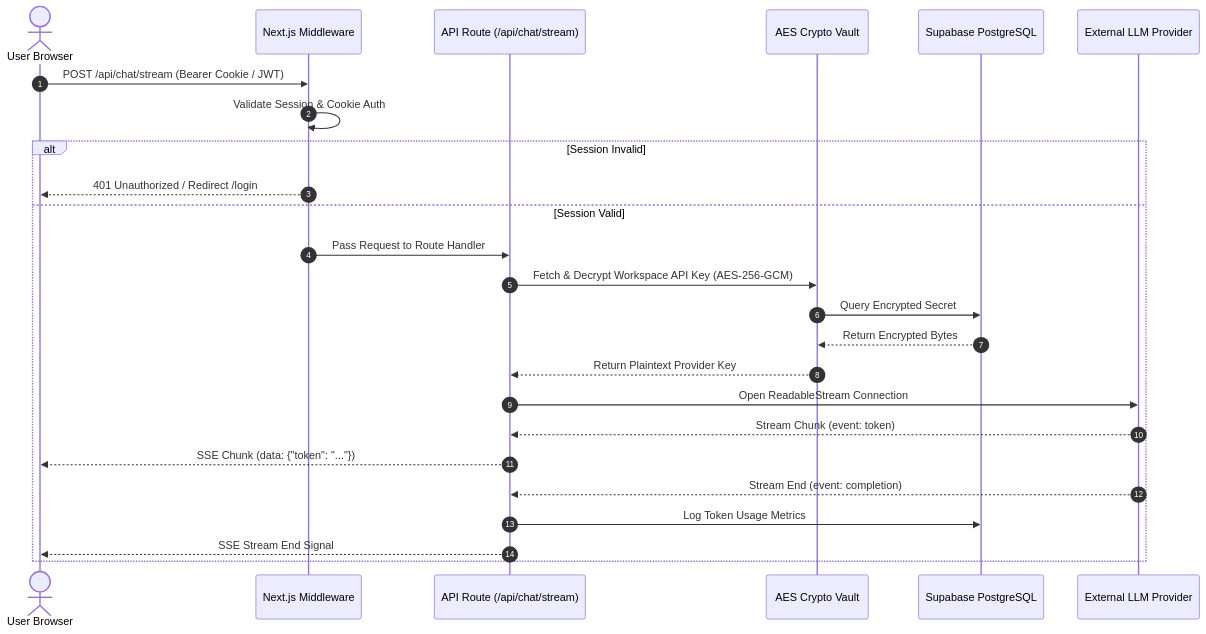
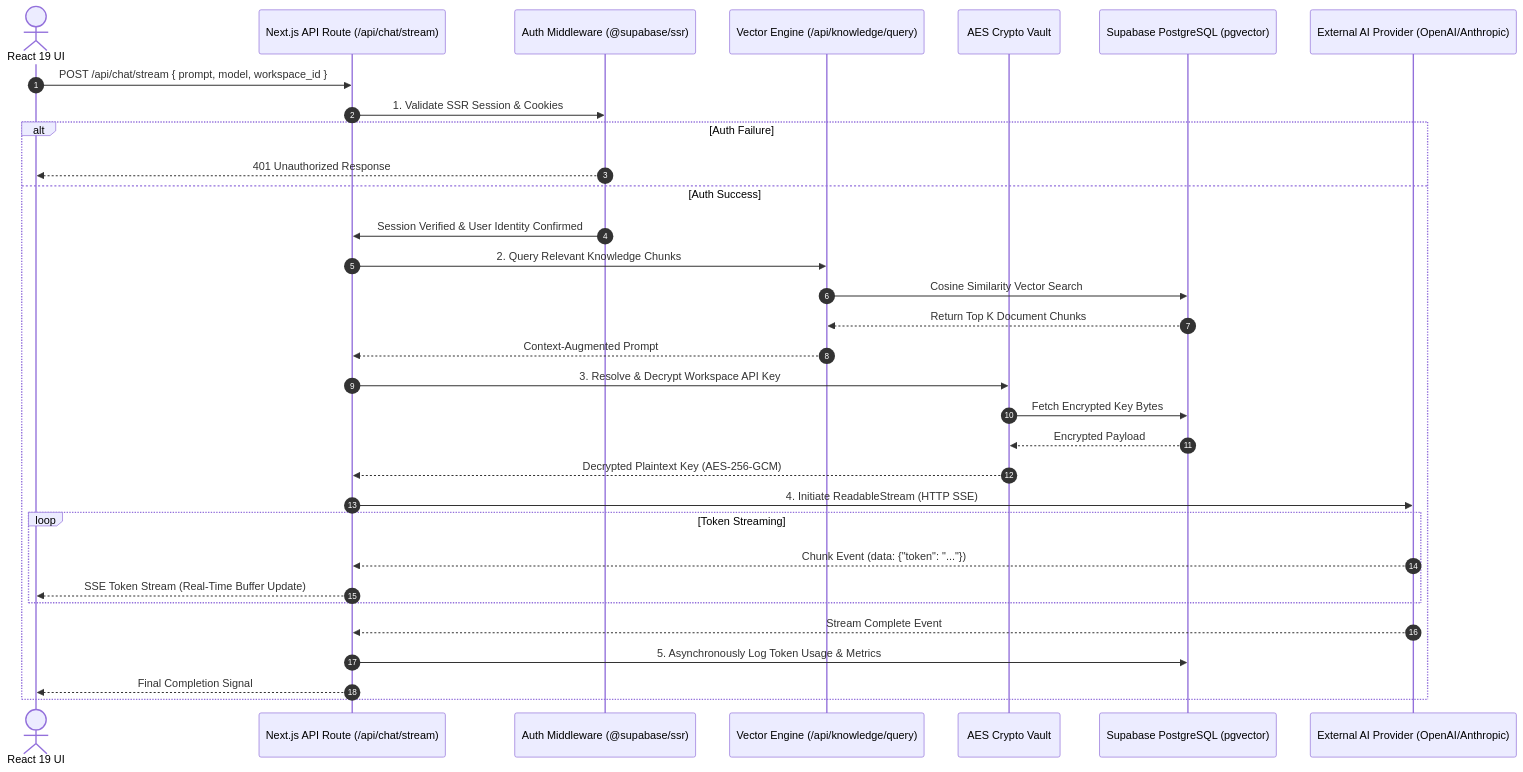
Before and after one commit to Subhasis123s/Antigravity: the second of 7 diagrams in docs/ARCHITECTURE.md, drawn with Mermaid. The commit also changed other lines of this file, not shown here.

Commit message:
docs: enhance ARCHITECTURE.md with principles, request lifecycle, startup flow, dependency graph, layer responsibilities, trade-offs, limitations, and quality metrics

````diff
--- a/docs/ARCHITECTURE.md
+++ b/docs/ARCHITECTURE.md
@@ -46,28 +63,35 @@
 ```mermaid
 sequenceDiagram
     autonumber
-    actor User as User Browser
-    participant Middleware as Next.js Middleware
-    participant Route as API Route (/api/chat/stream)
+    actor User as React 19 UI
+    participant Action as Next.js API Route (/api/chat/stream)
+    participant Auth as Auth Middleware (@supabase/ssr)
+    participant RAG as Vector Engine (/api/knowledge/query)
     participant Crypto as AES Crypto Vault
-    participant DB as Supabase PostgreSQL
-    participant LLM as External LLM Provider
+    participant DB as Supabase PostgreSQL (pgvector)
+    participant LLM as External AI Provider (OpenAI/Anthropic)
 
-    User->>Middleware: POST /api/chat/stream (Bearer Cookie / JWT)
-    Middleware->>Middleware: Validate Session & Cookie Auth
-    alt Session Invalid
-        Middleware-->>User: 401 Unauthorized / Redirect /login
-    else Session Valid
-        Middleware->>Route: Pass Request to Route Handler
-        Route->>Crypto: Fetch & Decrypt Workspace API Key (AES-256-GCM)
-        Crypto->>DB: Query Encrypted Secret
-        DB-->>Crypto: Return Encrypted Bytes
-        Crypto-->>Route: Return Plaintext Provider Key
-        Route->>LLM: Open ReadableStream Connection
-        LLM-->>Route: Stream Chunk (event: token)
-        Route-->>User: SSE Chunk (data: {"token": "..."})
-        LLM-->>Route: Stream End (event: completion)
-        Route->>DB: Log Token Usage Metrics
-        Route-->>User: SSE Stream End Signal
+    User->>Action: POST /api/chat/stream { prompt, model, workspace_id }
+    Action->>Auth: 1. Validate SSR Session & Cookies
+    alt Auth Failure
+        Auth-->>User: 401 Unauthorized Response
+    else Auth Success
+        Auth->>Action: Session Verified & User Identity Confirmed
+        Action->>RAG: 2. Query Relevant Knowledge Chunks
+        RAG->>DB: Cosine Similarity Vector Search
+        DB-->>RAG: Return Top K Document Chunks
+        RAG-->>Action: Context-Augmented Prompt
+        Action->>Crypto: 3. Resolve & Decrypt Workspace API Key
+        Crypto->>DB: Fetch Encrypted Key Bytes
+        DB-->>Crypto: Encrypted Payload
+        Crypto-->>Action: Decrypted Plaintext Key (AES-256-GCM)
+        Action->>LLM: 4. Initiate ReadableStream (HTTP SSE)
+        loop Token Streaming
+            LLM-->>Action: Chunk Event (data: {"token": "..."})
+            Action-->>User: SSE Token Stream (Real-Time Buffer Update)
+        end
+        LLM-->>Action: Stream Complete Event
+        Action->>DB: 5. Asynchronously Log Token Usage & Metrics
+        Action-->>User: Final Completion Signal
     end
 ```
````
